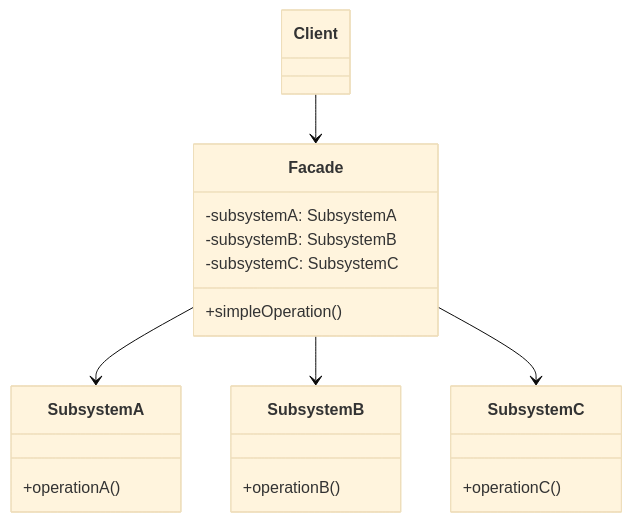
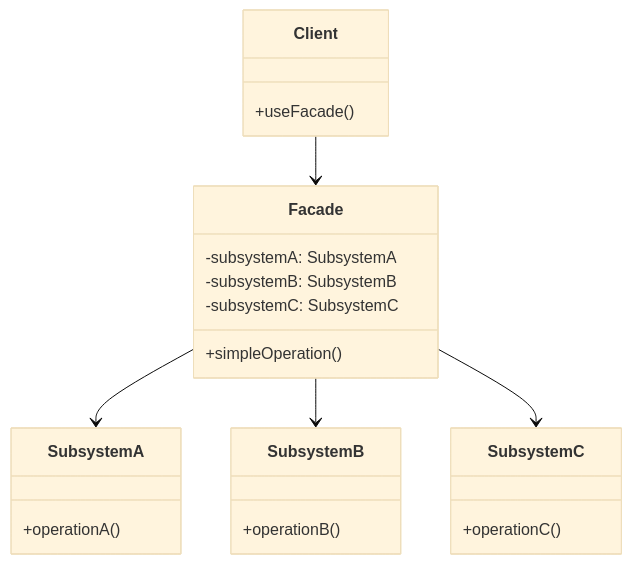
One commit to AmatsuZero/LastStand changed the diagram in content/posts/interview/ios-design/patterns/外观模式/index.md. Above: the diagram before and after it, drawn with Mermaid (base theme). The commit also changed 10 other files, not shown here.

First line of the commit message:
fix: 修复设计模式系列 mermaid classDiagram 尖括号渲染失败

````diff
--- a/content/posts/interview/ios-design/patterns/外观模式/index.md
+++ b/content/posts/interview/ios-design/patterns/外观模式/index.md
@@ -121,26 +121,30 @@
 ```mermaid
 classDiagram
     class Facade {
         -subsystemA: SubsystemA
         -subsystemB: SubsystemB
         -subsystemC: SubsystemC
         +simpleOperation()
     }
     
     class SubsystemA {
         +operationA()
     }
     
     class SubsystemB {
         +operationB()
     }
     
     class SubsystemC {
         +operationC()
     }
-    
+
+    class Client {
+        +useFacade()
+    }
+
     Facade --> SubsystemA
     Facade --> SubsystemB
     Facade --> SubsystemC
     Client --> Facade
 ```
````
